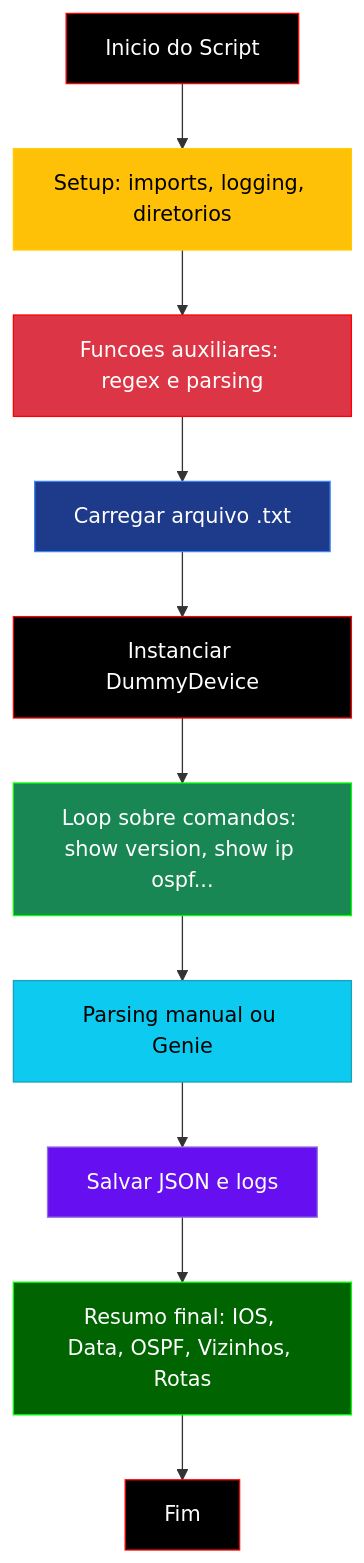
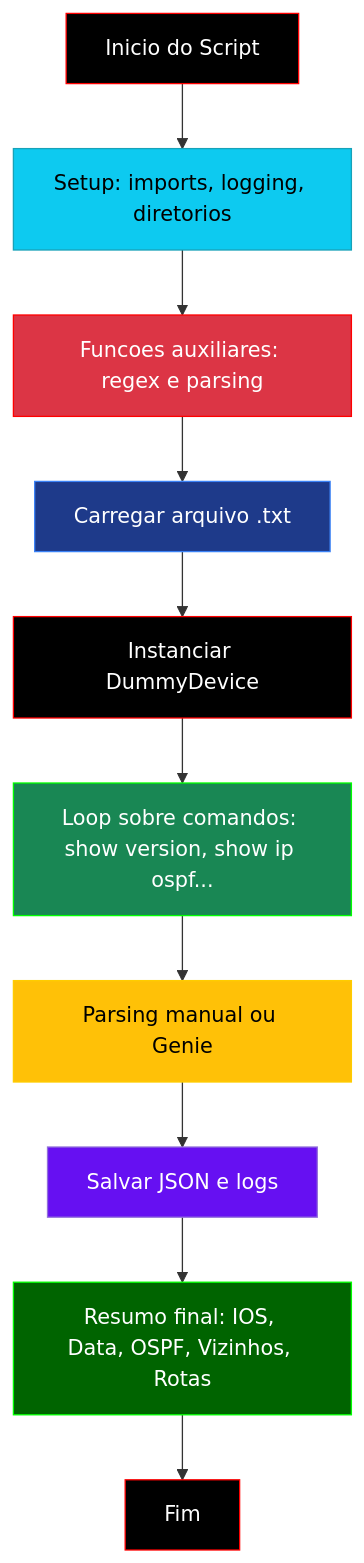
One commit to alcancil/Cisco changed the third of 3 diagrams in CCNP 350-401 ENCOR/06 - Automation/20- Python - 14 - Parsing  Automatico - II/README.md. Above: the diagram before and after it, drawn with Mermaid.

Commit message:
Adicionado a pasta 20- Python - 14 - Parsing  Automatico - II

````diff
--- a/CCNP 350-401 ENCOR/06 - Automation/20- Python - 14 - Parsing  Automatico - II/README.md
+++ b/CCNP 350-401 ENCOR/06 - Automation/20- Python - 14 - Parsing  Automatico - II/README.md
@@ -708,26 +708,26 @@
 ```mermaid
 flowchart TD
     A[Inicio do Script] --> B[Setup: imports, logging, diretorios]
     B --> C[Funcoes auxiliares: regex e parsing]
     C --> D[Carregar arquivo .txt]
     D --> E[Instanciar DummyDevice]
     E --> F[Loop sobre comandos: show version, show ip ospf...]
     F --> G[Parsing manual ou Genie]
     G --> H[Salvar JSON e logs]
     H --> I[Resumo final: IOS, Data, OSPF, Vizinhos, Rotas]
     I --> J[Fim]
 
 style A fill:#006400,stroke:#00ff00,color:#ffffff 
 style A fill:#000000,stroke:#ff0000,color:#ffffff
-style B fill:#ffc107,stroke:#ffcc00,color:#000000
+style B fill:#0dcaf0,stroke:#17a2b8,color:#000000
 style C fill:#dc3545,stroke:#ff0000,color:#ffffff
 style D fill:#1e3a8a,stroke:#3b82f6,color:#ffffff
 style E fill:#000000,stroke:#ff0000,color:#ffffff
 style F fill:#198754,stroke:#00ff00,color:#ffffff
-style G fill:#0dcaf0,stroke:#17a2b8,color:#000000
+style G fill:#ffc107,stroke:#ffcc00,color:#000000
 style H fill:#6610f2,stroke:#9370DB,color:#ffffff
 style I fill:#0dcaf0,stroke:#17a2b8,color:#000000
 style I fill:#006400,stroke:#00ff00,color:#ffffff
 style J fill:#0dcaf0,stroke:#17a2b8,color:#000000
 style J fill:#000000,stroke:#ff0000,color:#ffffff
 ```
````
